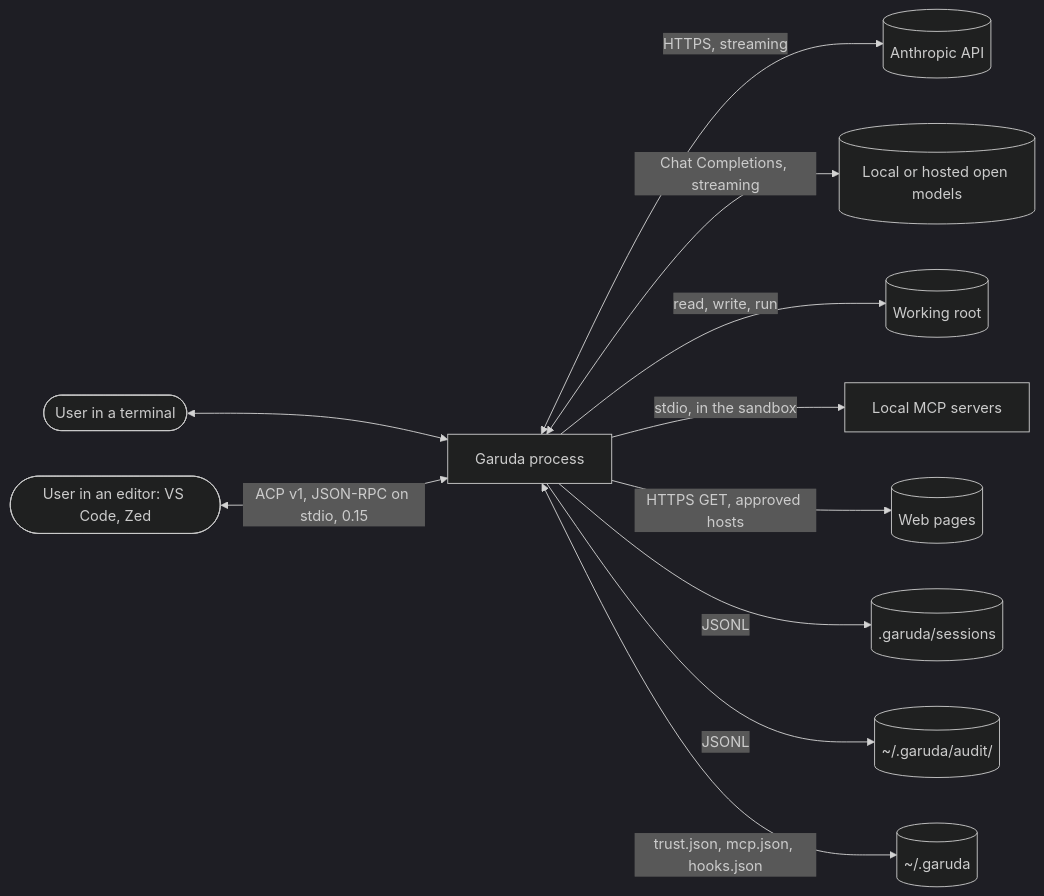
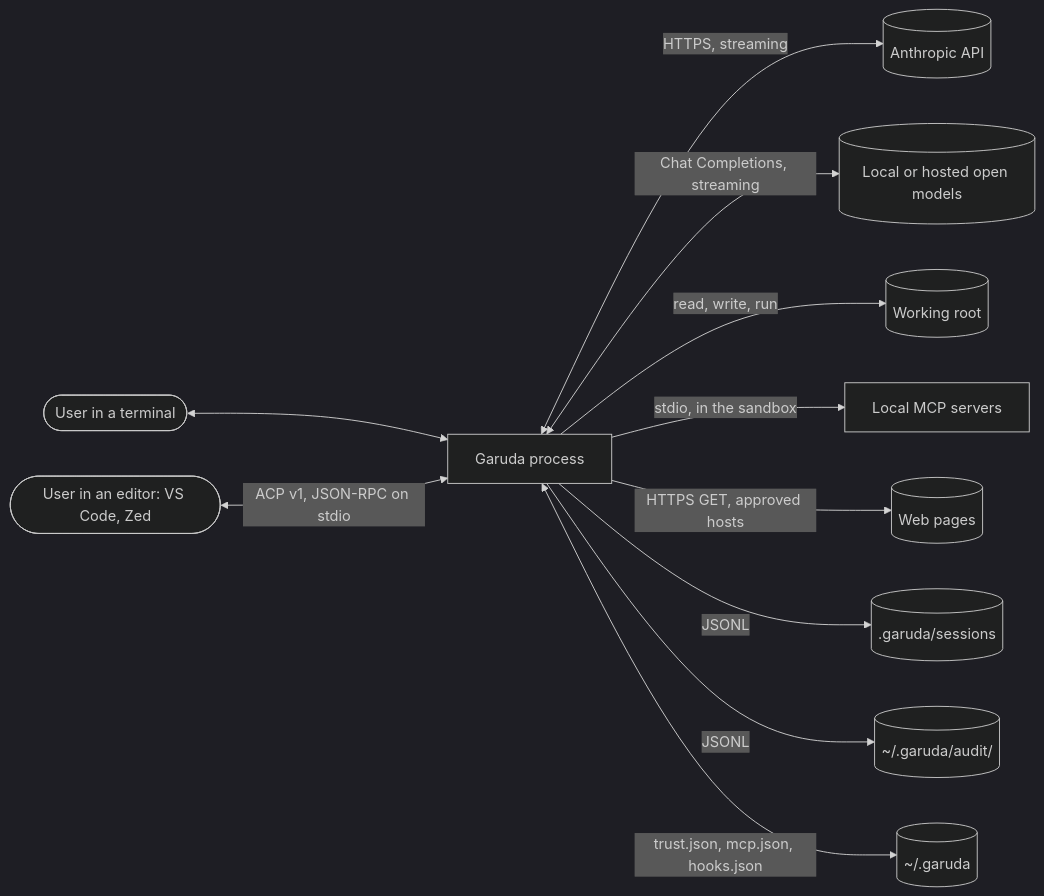
The first of 3 diagrams in docs/architecture.md (madhu-sv/garuda), drawn with Mermaid (dark theme) before and after one commit. The commit also changed other lines of this file and 82 other files, not shown here.

````diff
--- a/docs/architecture.md
+++ b/docs/architecture.md
@@ -12,13 +13,13 @@
 ```mermaid
 flowchart LR
   user([User in a terminal]) <--> garuda[Garuda process]
-  editor([User in an editor: VS Code, Zed]) <-->|ACP v1, JSON-RPC on stdio, 0.15| garuda
+  editor([User in an editor: VS Code, Zed]) <-->|ACP v1, JSON-RPC on stdio| garuda
   garuda <-->|HTTPS, streaming| api[(Anthropic API)]
   garuda <-->|Chat Completions, streaming| oss[(Local or hosted open models)]
   garuda -->|read, write, run| repo[(Working root)]
   garuda -->|stdio, in the sandbox| mcp[Local MCP servers]
   garuda -->|HTTPS GET, approved hosts| web[(Web pages)]
   garuda -->|JSONL| sessions[(.garuda/sessions)]
   garuda -->|JSONL| audit[(~/.garuda/audit/)]
   garuda <-->|trust.json, mcp.json, hooks.json| home[(~/.garuda)]
 ```
````
